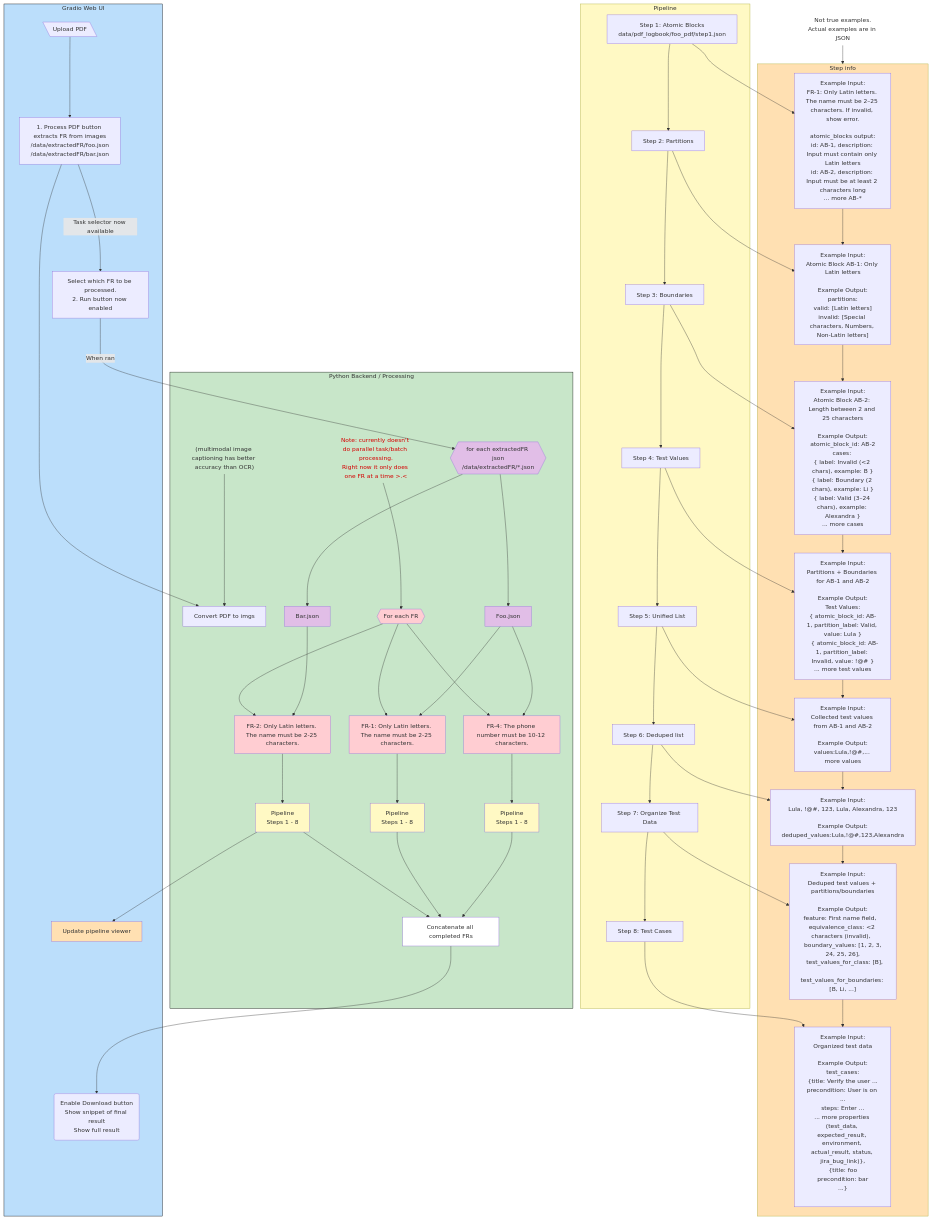
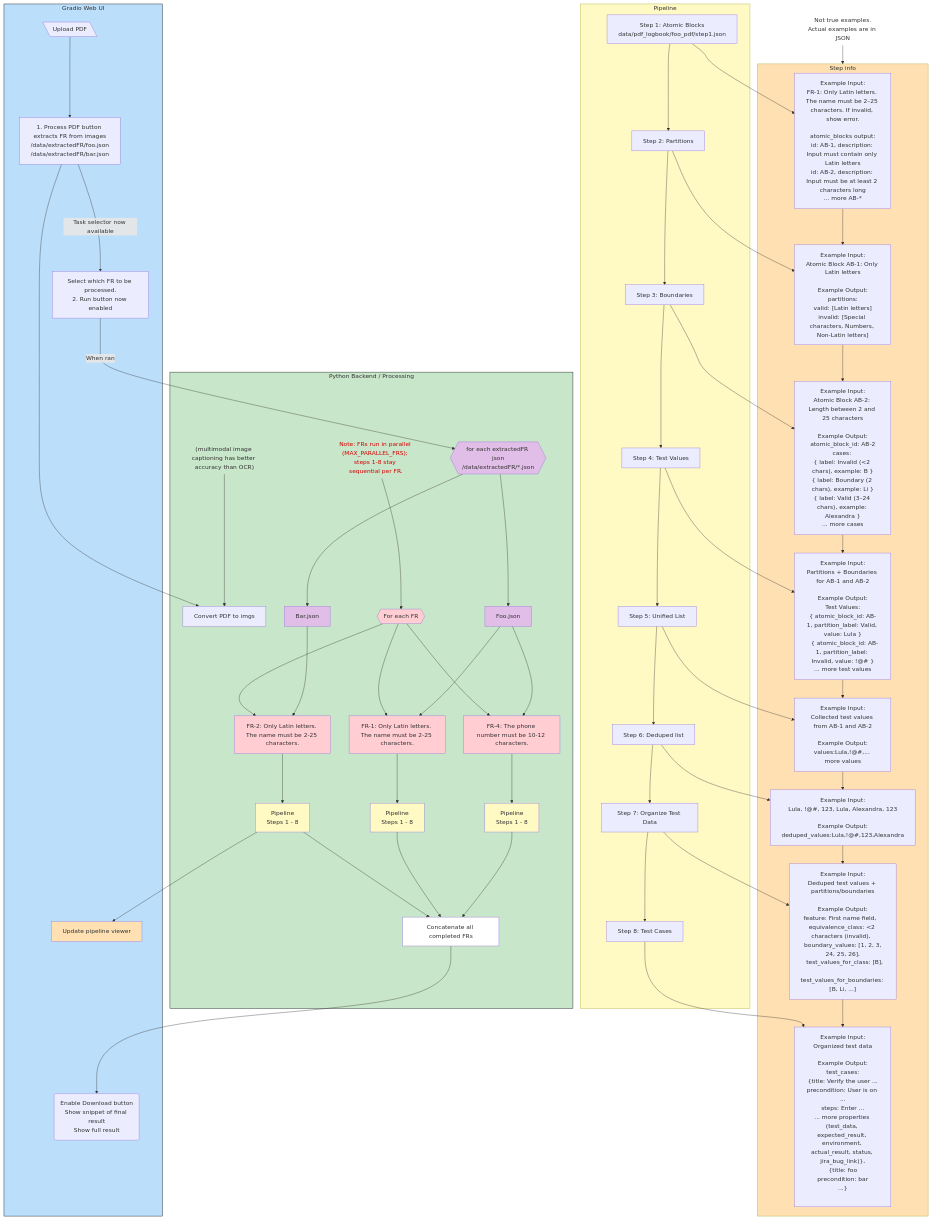
One commit to willmarl/DECT changed the diagram in README.md. Above: the diagram before and after it, drawn with Mermaid. The commit also changed other lines of this file and 14 other files, not shown here.

```diff
--- a/README.md
+++ b/README.md
@@ -63,7 +63,7 @@
         n16["Pipeline<br>Steps 1 - 8"]
         n17["Concatenate all completed FRs"]
         n3["(multimodal image captioning has better accuracy than OCR)"]
-        n10@{ label: "Note: currently doesn't do parallel task/batch processing.<br>Right now it only does one FR at a time &gt;.&lt;" }
+        n10@{ label: "Note: FRs run in parallel (MAX_PARALLEL_FRS); steps 1-8 stay sequential per FR." }
   end
  subgraph s3["Pipeline"]
         n20["Step 1: Atomic Blocks<br>data/pdf_logbook/foo_pdf/step1.json"]
```
